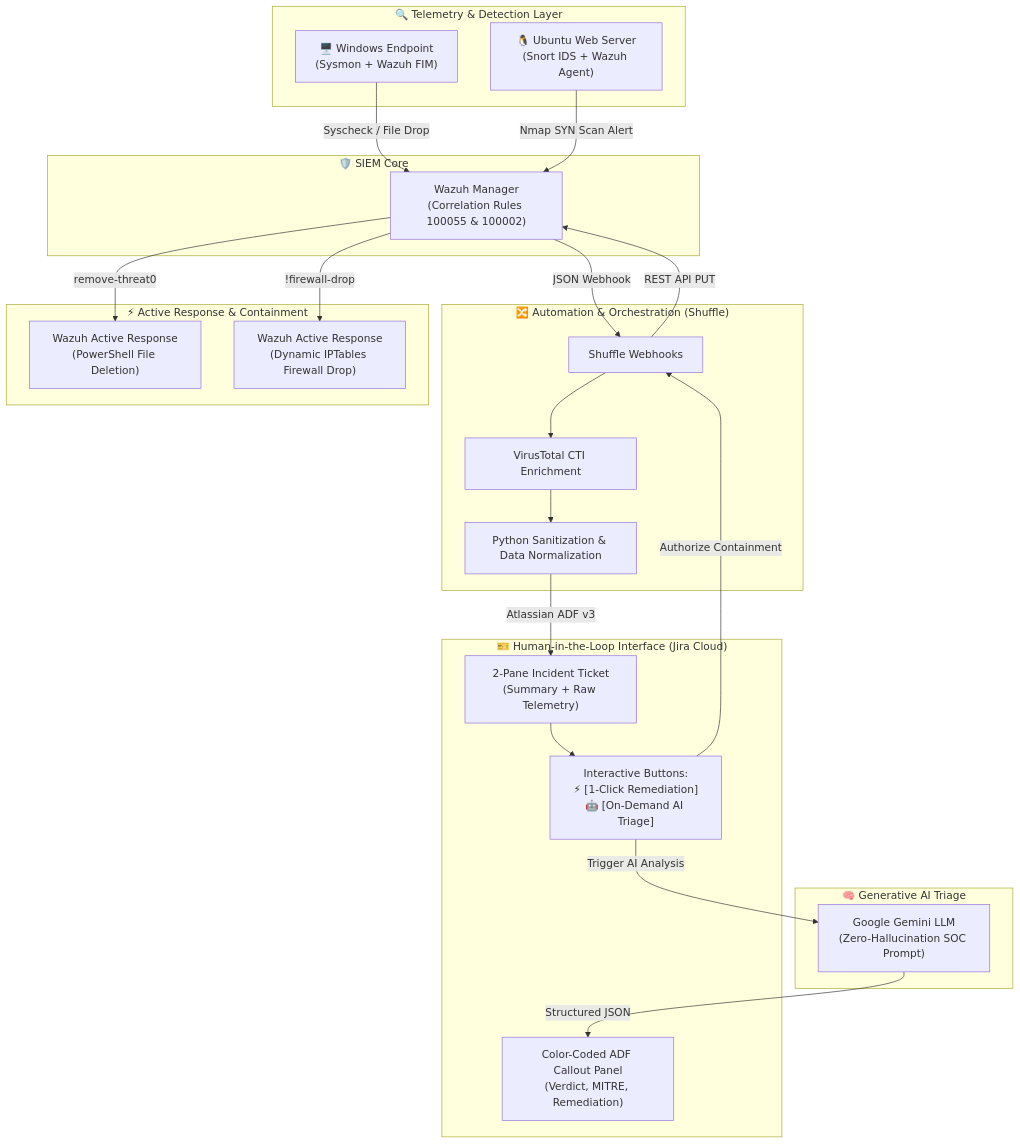
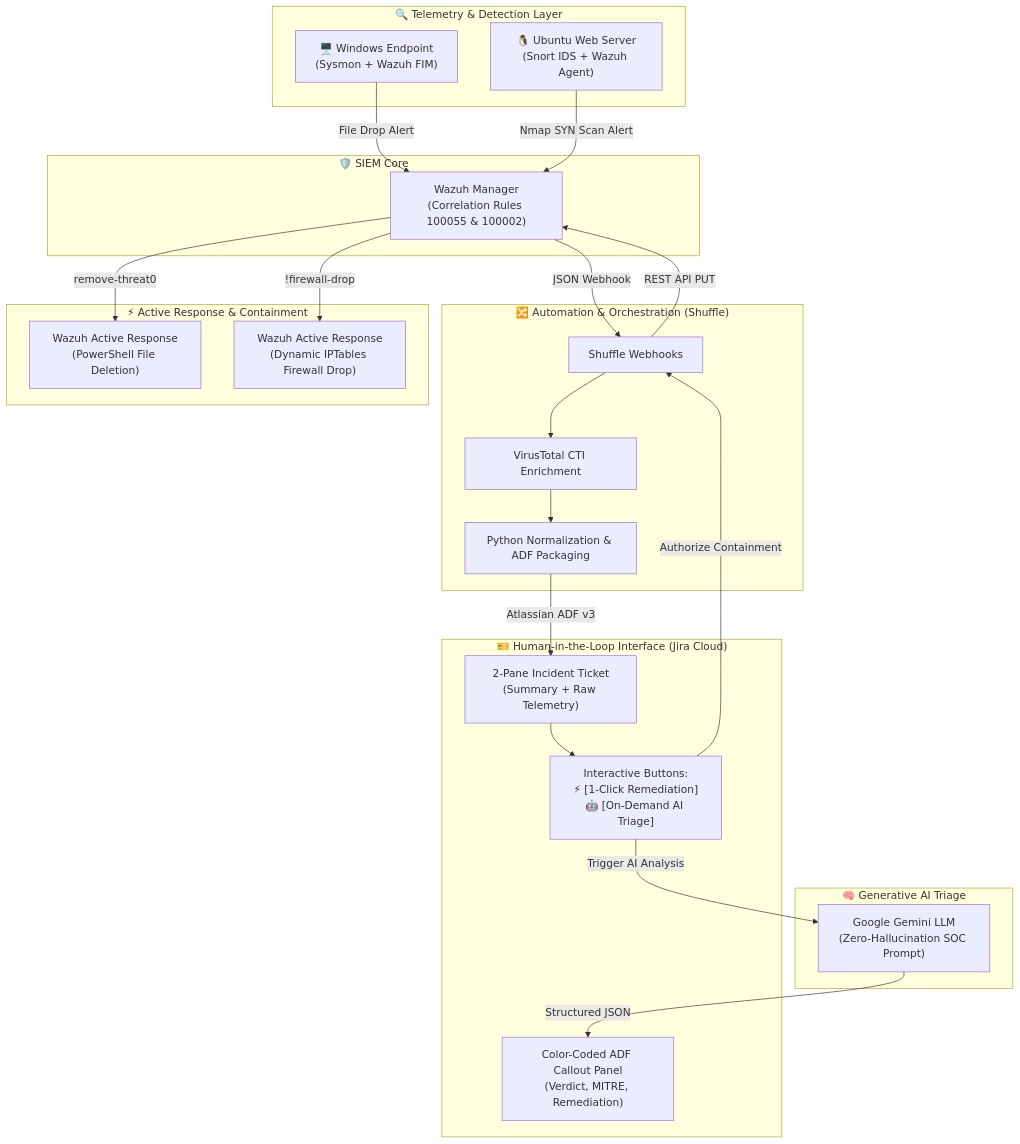
The diagram in README.md (mikeH1fsd/soc-soar-ai-lab), drawn with Mermaid before and after one commit. The commit also changed other lines of this file and 29 other files, not shown here.

````diff
--- a/README.md
+++ b/README.md
@@ -24,46 +24,46 @@
 ```mermaid
 flowchart TD
     subgraph Detection["🔍 Telemetry & Detection Layer"]
         A1["🖥️ Windows Endpoint<br/>(Sysmon + Wazuh FIM)"]
         A2["🐧 Ubuntu Web Server<br/>(Snort IDS + Wazuh Agent)"]
     end
 
     subgraph SIEM["🛡️ SIEM Core"]
         W1["Wazuh Manager<br/>(Correlation Rules 100055 & 100002)"]
     end
 
     subgraph SOAR["🔀 Automation & Orchestration (Shuffle)"]
         S1["Shuffle Webhooks"]
-        S2["Python Sanitization & Data Normalization"]
+        S2["Python Normalization & ADF Packaging"]
         S3["VirusTotal CTI Enrichment"]
     end
 
     subgraph AI["🧠 Generative AI Triage"]
         G1["Google Gemini LLM<br/>(Zero-Hallucination SOC Prompt)"]
     end
 
     subgraph ITSM["🎫 Human-in-the-Loop Interface (Jira Cloud)"]
         J1["2-Pane Incident Ticket<br/>(Summary + Raw Telemetry)"]
         J2["Interactive Buttons:<br/>⚡ [1-Click Remediation]<br/>🤖 [On-Demand AI Triage]"]
         J3["Color-Coded ADF Callout Panel<br/>(Verdict, MITRE, Remediation)"]
     end
 
     subgraph Response["⚡ Active Response & Containment"]
         R1["Wazuh Active Response<br/>(PowerShell File Deletion)"]
         R2["Wazuh Active Response<br/>(Dynamic IPTables Firewall Drop)"]
     end
 
-    A1 -->|Syscheck / File Drop| W1
+    A1 -->|File Drop Alert| W1
     A2 -->|Nmap SYN Scan Alert| W1
     W1 -->|JSON Webhook| S1
     S1 --> S3
     S3 --> S2
     S2 -->|Atlassian ADF v3| J1
     J1 --> J2
     J2 -->|Trigger AI Analysis| G1
     G1 -->|Structured JSON| J3
     J2 -->|Authorize Containment| S1
     S1 -->|REST API PUT| W1
     W1 -->|remove-threat0| R1
     W1 -->|!firewall-drop| R2
 ```
````
